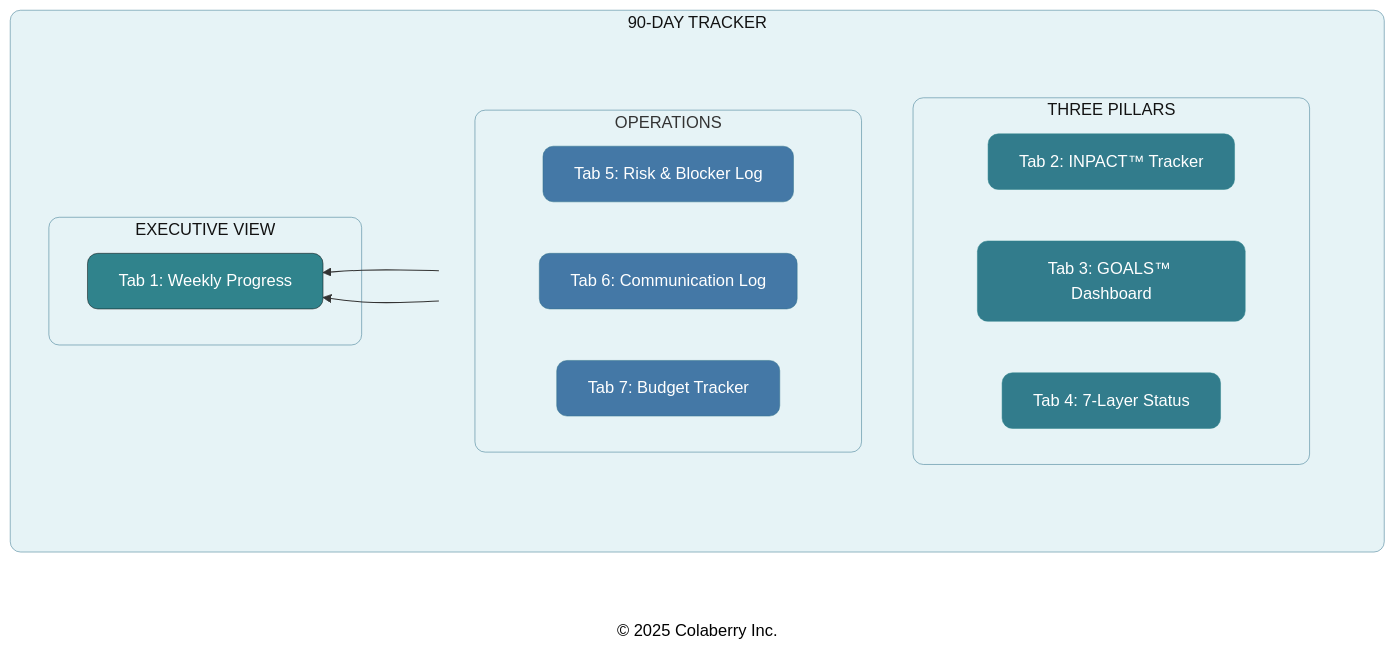
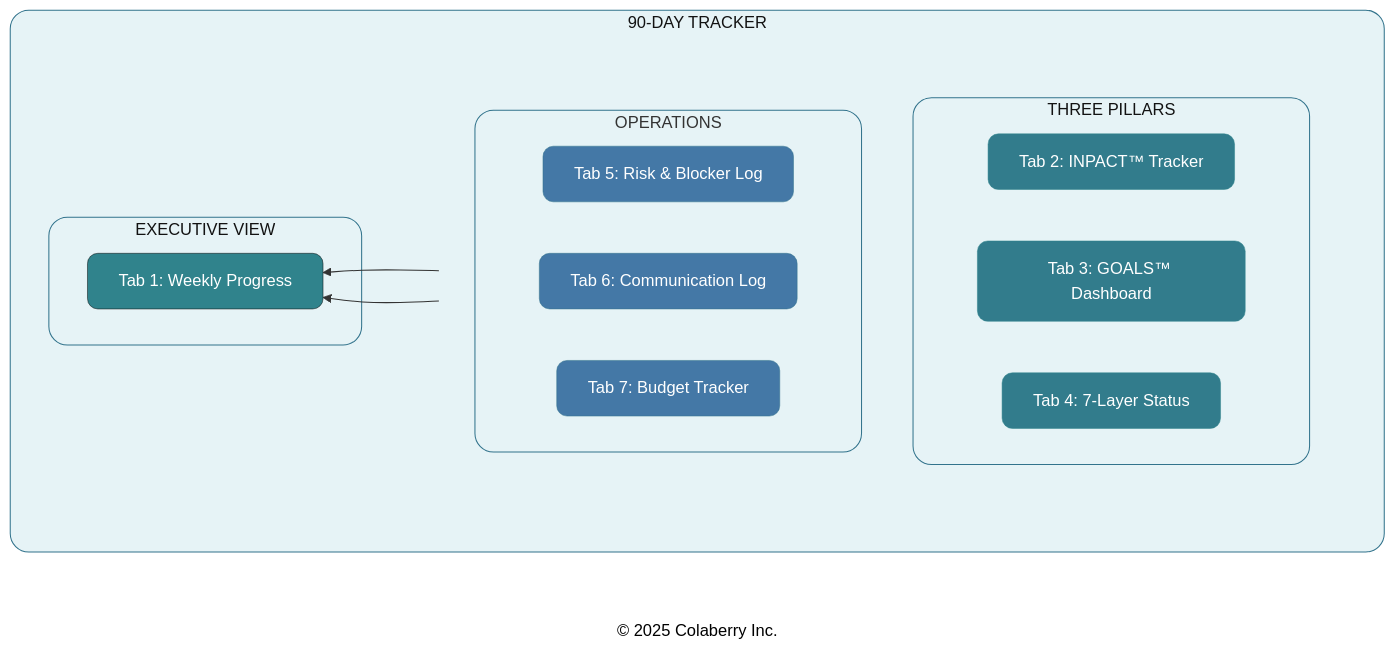
The seventh of 7 diagrams in manuscript/11_chapter_10_week_by_week_implementation.md (saitejesh-cyber/trust-before-intelligence-book), drawn with Mermaid before and after one commit. The commit also changed other lines of this file and 12 other files, not shown here.

````diff
--- a/manuscript/11_chapter_10_week_by_week_implementation.md
+++ b/manuscript/11_chapter_10_week_by_week_implementation.md
@@ -1702,47 +1702,47 @@
 ```mermaid
 
 graph RL
     subgraph TRACKER["90-DAY TRACKER"]
         direction RL
         subgraph EXECUTIVE["EXECUTIVE VIEW"]
             T1["Tab 1: Weekly Progress"]
         end
         
         subgraph FEEDS[" "]
             direction TB
             subgraph PILLARS["THREE PILLARS"]
                 direction RL
                 T2["Tab 2: INPACT™ Tracker"]
                 T3["Tab 3: GOALS™ Dashboard"]
                 T4["Tab 4: 7-Layer Status"]
             end
             
             subgraph OPS["OPERATIONS"]
                 direction RL
                 T5["Tab 5: Risk & Blocker Log"]
                 T6["Tab 6: Communication Log"]
                 T7["Tab 7: Budget Tracker"]
             end
         end
     end
     
     Copyright["© 2025 Colaberry Inc."]
     
     PILLARS --> T1
     OPS --> T1
 
-    style TRACKER fill:#E6F3F6,stroke:#32738C,stroke-width:0.5px,color:#121212,rx:10,ry:10
-    style EXECUTIVE fill:#E6F3F6,stroke:#32738C,stroke-width:0.5px,color:#121212,rx:10,ry:10
+    style TRACKER fill:#E6F3F6,stroke:#32738C,stroke-width:1px,color:#121212,rx:18,ry:18
+    style EXECUTIVE fill:#E6F3F6,stroke:#32738C,stroke-width:1px,color:#121212,rx:18,ry:18
     style FEEDS fill:none,stroke:none,color:#121212,rx:10,ry:10
-    style PILLARS fill:#E6F3F6,stroke:#32738C,stroke-width:0.5px,color:#121212,rx:10,ry:10
-    style OPS fill:#E6F3F6,stroke:#32738C,stroke-width:0.5px,rx:10,ry:10
+    style PILLARS fill:#E6F3F6,stroke:#32738C,stroke-width:1px,color:#121212,rx:18,ry:18
+    style OPS fill:#E6F3F6,stroke:#32738C,stroke-width:1px,rx:18,ry:18
     style T1 fill:#30838C,stroke:#0D0D0D,stroke-width:0.5px,color:#ffffff,rx:10,ry:10
     style T2 fill:#327C8C,stroke:#30838C,stroke-width:0.5px,color:#ffffff,rx:10,ry:10
     style T3 fill:#327C8C,stroke:#30838C,stroke-width:0.5px,color:#ffffff,rx:10,ry:10
     style T4 fill:#327C8C,stroke:#30838C,stroke-width:0.5px,color:#ffffff,rx:10,ry:10
     style T5 fill:#4478A6,stroke:#32738C,stroke-width:0.5px,color:#ffffff,rx:10,ry:10
     style T6 fill:#4478A6,stroke:#32738C,stroke-width:0.5px,color:#ffffff,rx:10,ry:10
     style T7 fill:#4478A6,stroke:#32738C,stroke-width:0.5px,color:#ffffff,rx:10,ry:10
     style Copyright fill:none,stroke:none,color:#000000
 
 ```
````
